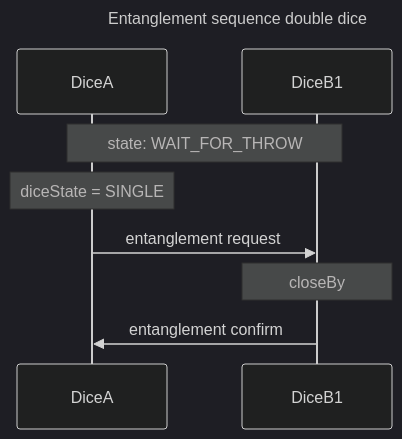
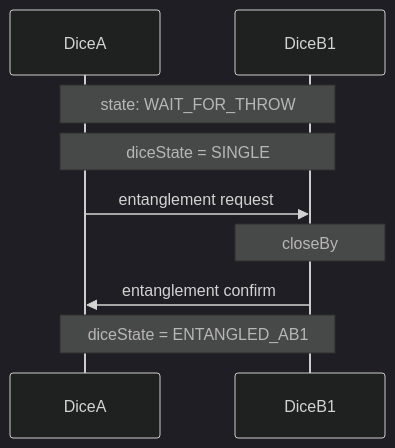
The first of 2 diagrams in Arduino/entanglement_sequence.md (qlab-utwente/Quantum-Dice-by-UTwente), drawn with Mermaid (dark theme) before and after one commit. The commit also changed other lines of this file, not shown here.

````diff
--- a/Arduino/entanglement_sequence.md
+++ b/Arduino/entanglement_sequence.md
@@ -2,15 +4,11 @@
 ```mermaid
----
-title: Entanglement sequence double dice
----
-
 sequenceDiagram
     participant DiceA
     participant DiceB1
     Note over DiceA,DiceB1: state: WAIT_FOR_THROW
-    Note over DiceA: diceState = SINGLE
+    Note over DiceA,DiceB1: diceState = SINGLE
     DiceA->>DiceB1: entanglement request
     Note over DiceB1: closeBy
     DiceB1->>DiceA: entanglement confirm
-
+    Note over DiceA,DiceB1: diceState = ENTANGLED_AB1
 ```
````
